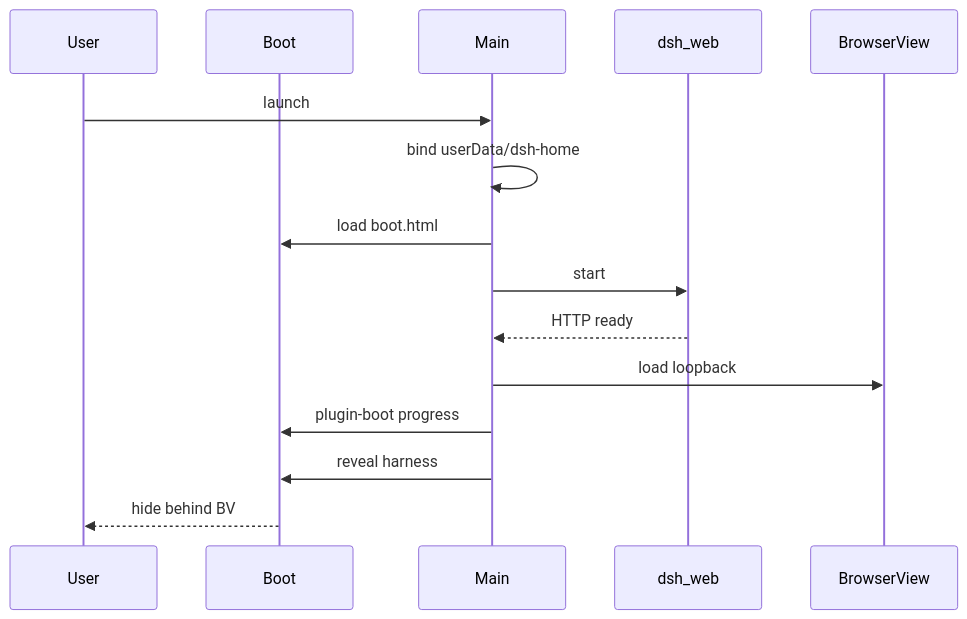
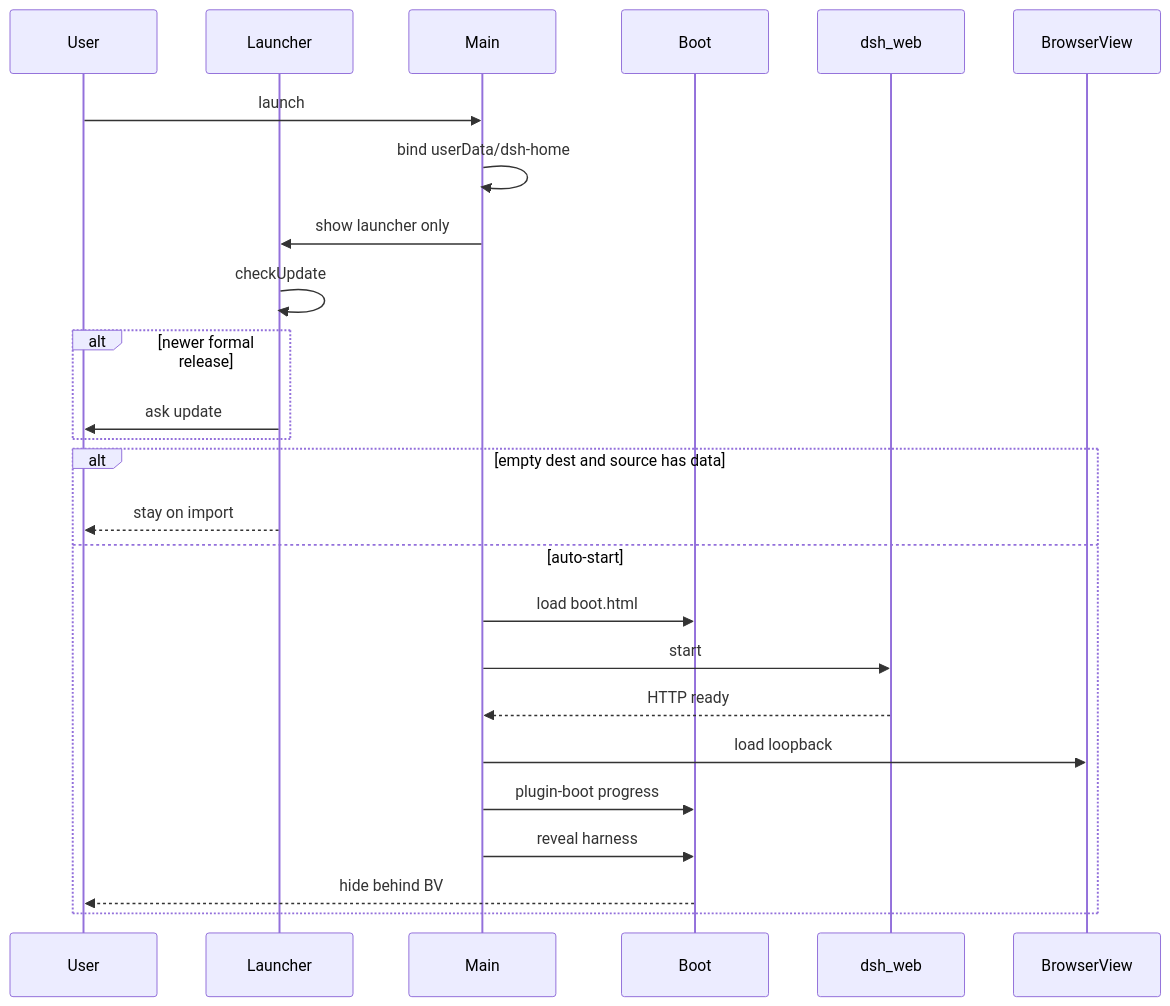
The diagram in docs/handbook/flows/boot-to-ready.md (20190441309/Deepseek-Harness-Desktop), drawn with Mermaid before and after one commit. The commit also changed other lines of this file and 986 other files, not shown here.

First line of the commit message:
feature(desktop-launcher): cold-start launcher, home import, and usage stats

````diff
--- a/docs/handbook/flows/boot-to-ready.md
+++ b/docs/handbook/flows/boot-to-ready.md
@@ -13,17 +13,27 @@
 ```mermaid
 sequenceDiagram
   participant User
+  participant Launcher
+  participant Main
   participant Boot
-  participant Main
   participant Dsh as dsh_web
   participant BV as BrowserView
   User->>Main: launch
   Main->>Main: bind userData/dsh-home
-  Main->>Boot: load boot.html
-  Main->>Dsh: start
-  Dsh-->>Main: HTTP ready
-  Main->>BV: load loopback
-  Main->>Boot: plugin-boot progress
-  Main->>Boot: reveal harness
-  Boot-->>User: hide behind BV
+  Main->>Launcher: show launcher only
+  Launcher->>Launcher: checkUpdate
+  alt newer formal release
+    Launcher->>User: ask update
+  end
+  alt empty dest and source has data
+    Launcher-->>User: stay on import
+  else auto-start
+    Main->>Boot: load boot.html
+    Main->>Dsh: start
+    Dsh-->>Main: HTTP ready
+    Main->>BV: load loopback
+    Main->>Boot: plugin-boot progress
+    Main->>Boot: reveal harness
+    Boot-->>User: hide behind BV
+  end
 ```
````
